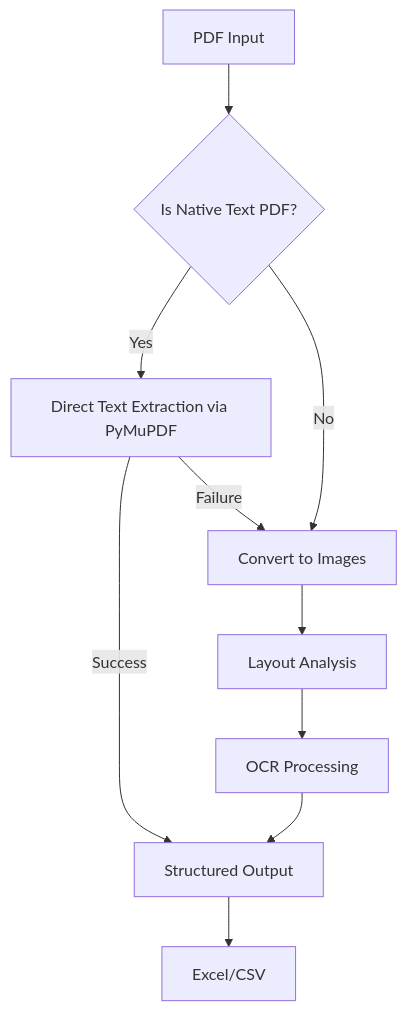
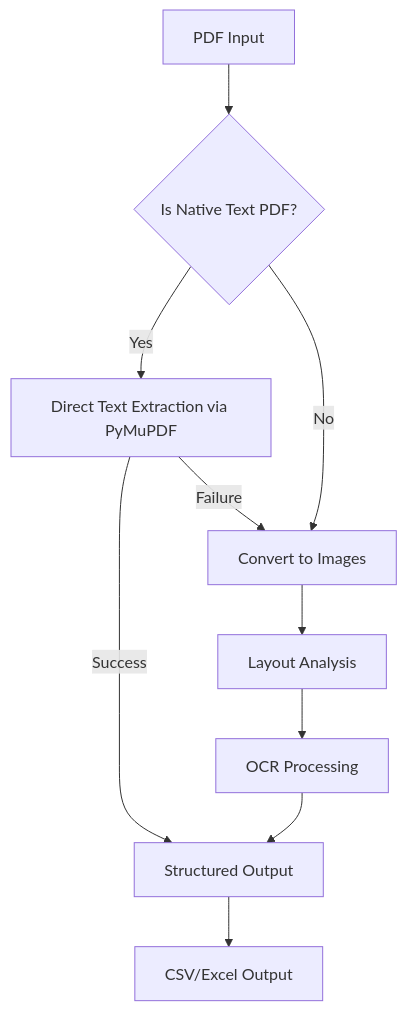
One commit to moffat-kagiri/pdf-mining changed the first of 2 diagrams in workflow_summary.md. Above: the diagram before and after it, drawn with Mermaid. The commit also changed other lines of this file, not shown here.

Commit message:
Update workflow summary: Enhance clarity and structure, improve section headings, and refine descriptions for input, preprocessing, extraction, and output phases.

````diff
--- a/workflow_summary.md
+++ b/workflow_summary.md
@@ -58,13 +74,12 @@
 ```mermaid
 graph TD
     A[PDF Input] --> B{Is Native Text PDF?}
     B -->|Yes| C[Direct Text Extraction via PyMuPDF]
     B -->|No| D[Convert to Images]
     C -->|Success| G[Structured Output]
     C -->|Failure| D
     D --> E[Layout Analysis]
     E --> F[OCR Processing]
     F --> G
-    G --> H[Excel/CSV]
-
+    G --> H[CSV/Excel Output]
 ```
````
